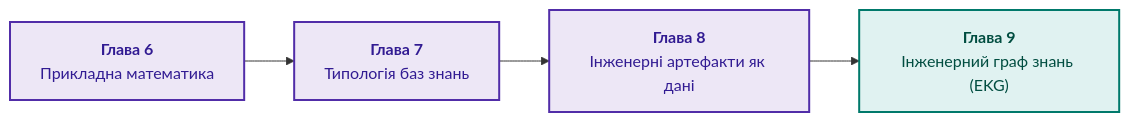
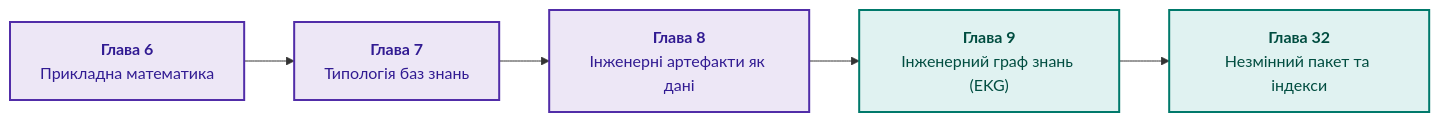
Before and after one commit to nick-fedchik/articles: the diagram in ExpertSystem/part-02-knowledge-models.md, drawn with Mermaid. The commit also changed other lines of this file and 47 other files, not shown here.

````diff
--- a/ExpertSystem/part-02-knowledge-models.md
+++ b/ExpertSystem/part-02-knowledge-models.md
@@ -19,15 +21,16 @@
 ```mermaid
 flowchart LR
     accTitle: Логічна послідовність Частини II
-    accDescr: Від математичного апарату через парадигми баз знань та інженерні артефакти до інженерного графа знань.
+    accDescr: Від математичного методу та моделі знань через артефакти й граф до незмінного пакета.
 
     CH6["<b>Глава 6</b><br/>Прикладна математика"] --> CH7["<b>Глава 7</b><br/>Типологія баз знань"]
     CH7 --> CH8["<b>Глава 8</b><br/>Інженерні артефакти як дані"]
     CH8 --> CH9["<b>Глава 9</b><br/>Інженерний граф знань (EKG)"]
+    CH9 --> CH32["<b>Глава 32</b><br/>Незмінний пакет та індекси"]
 
     classDef step fill:#ede7f6,stroke:#512da8,stroke-width:2px,color:#311b92;
     classDef focus fill:#e0f2f1,stroke:#00796b,stroke-width:2px,color:#004d40;
 
     class CH6,CH7,CH8 step;
-    class CH9 focus;
+    class CH9,CH32 focus;
 ```
````
